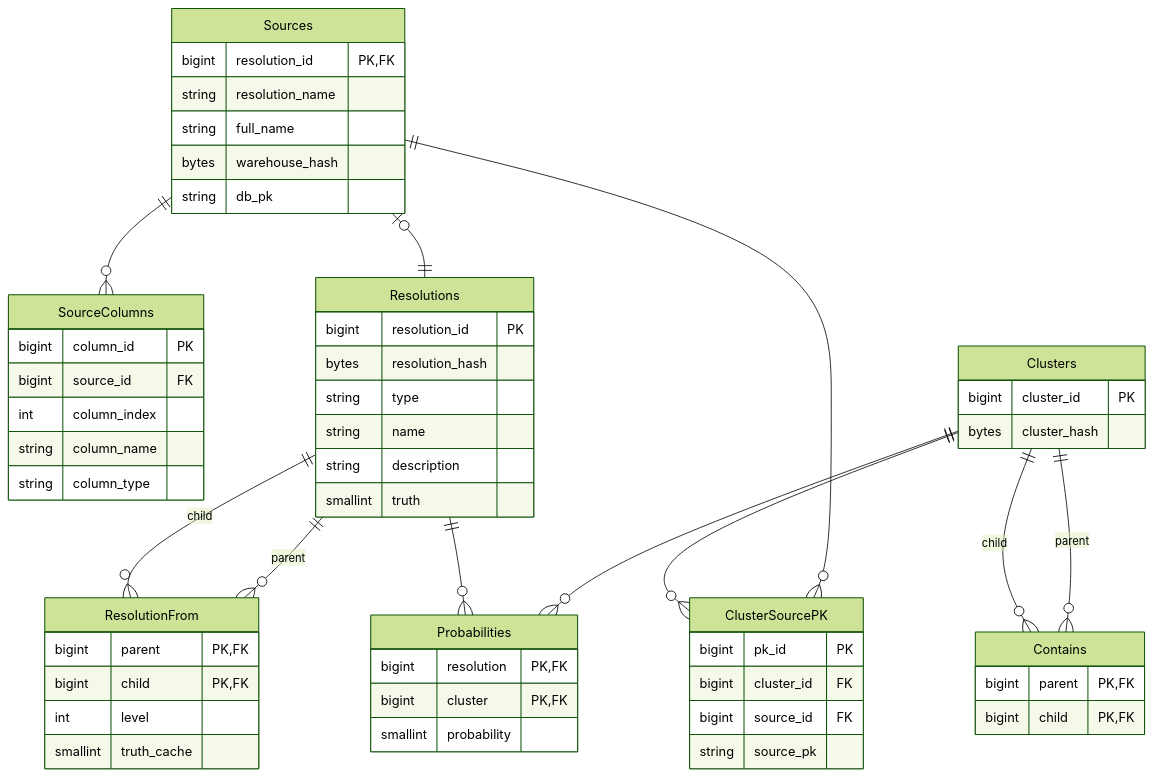
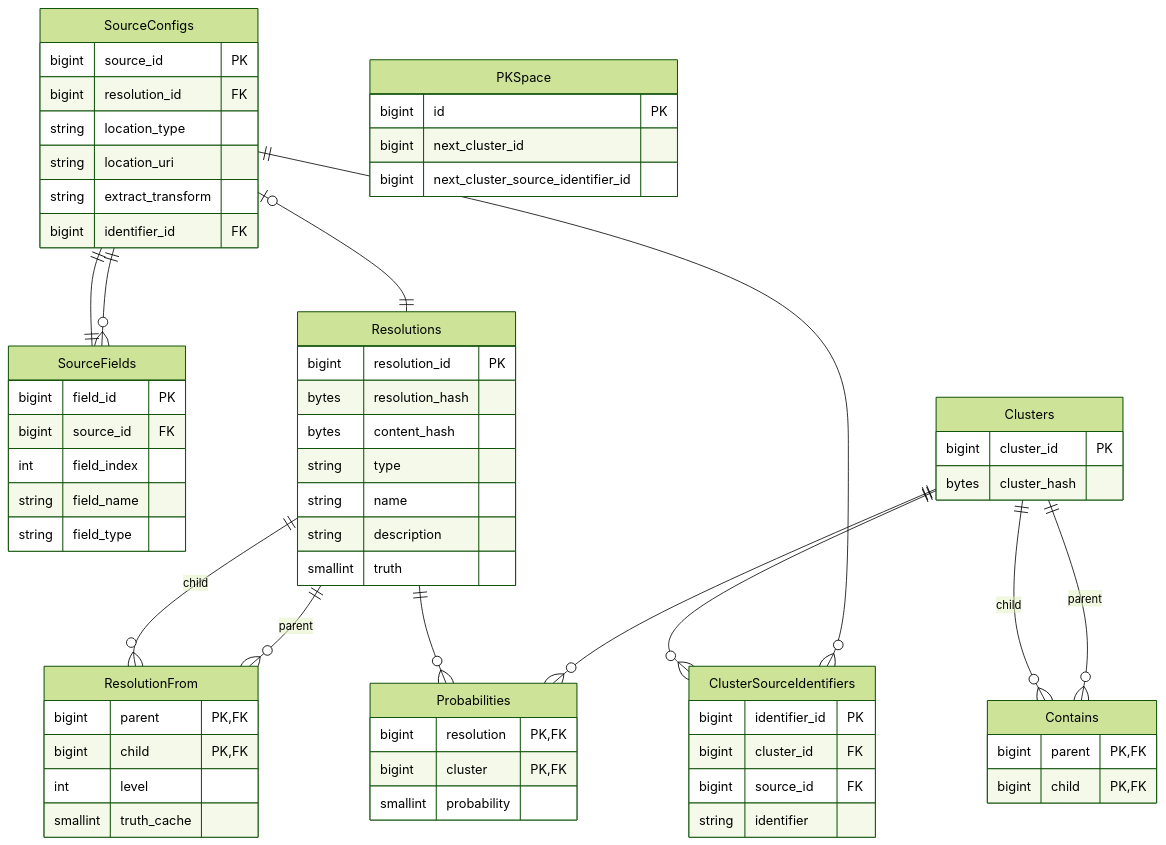
Before and after one commit to will-langdale/matchbox: the diagram in docs/api/server/backends/postgresql.md, drawn with Mermaid (forest theme). The commit also changed 50 other files, not shown here.

````diff
--- a/docs/api/server/backends/postgresql.md
+++ b/docs/api/server/backends/postgresql.md
@@ -10,61 +10,69 @@
 ```mermaid
 erDiagram
-    Sources {
-        bigint resolution_id PK,FK
-        string resolution_name
-        string full_name
-        bytes warehouse_hash
-        string db_pk
+    SourceConfigs {
+        bigint source_id PK
+        bigint resolution_id FK
+        string location_type
+        string location_uri
+        string extract_transform
+        bigint identifier_id FK
     }
-    SourceColumns {
-        bigint column_id PK
+    SourceFields {
+        bigint field_id PK
         bigint source_id FK
-        int column_index
-        string column_name
-        string column_type
+        int field_index
+        string field_name
+        string field_type
     }
     Clusters {
         bigint cluster_id PK
         bytes cluster_hash
     }
-    ClusterSourcePK {
-        bigint pk_id PK
+    ClusterSourceIdentifiers {
+        bigint identifier_id PK
         bigint cluster_id FK
         bigint source_id FK
-        string source_pk
+        string identifier
     }
     Contains {
         bigint parent PK,FK
         bigint child PK,FK
     }
     Probabilities {
         bigint resolution PK,FK
         bigint cluster PK,FK
         smallint probability
     }
     Resolutions {
         bigint resolution_id PK
         bytes resolution_hash
+        bytes content_hash
         string type
         string name
         string description
         smallint truth
     }
     ResolutionFrom {
         bigint parent PK,FK
         bigint child PK,FK
         int level
         smallint truth_cache
     }
+    PKSpace {
+        bigint id PK
+        bigint next_cluster_id
+        bigint next_cluster_source_identifier_id
+    }
 
-    Sources |o--|| Resolutions : ""
-    Sources ||--o{ SourceColumns : ""
-    Sources ||--o{ ClusterSourcePK : ""
-    Clusters ||--o{ ClusterSourcePK : ""
+    SourceConfigs |o--|| Resolutions : ""
+    SourceConfigs ||--o{ SourceFields : ""
+    SourceConfigs ||--|| SourceFields : ""
+    SourceConfigs ||--o{ ClusterSourceIdentifiers : ""
+    Clusters ||--o{ ClusterSourceIdentifiers : ""
     Clusters ||--o{ Probabilities : ""
     Clusters ||--o{ Contains : "parent"
     Contains }o--|| Clusters : "child"
     Resolutions ||--o{ Probabilities : ""
     Resolutions ||--o{ ResolutionFrom : "parent"
     ResolutionFrom }o--|| Resolutions : "child"
 ```
````
